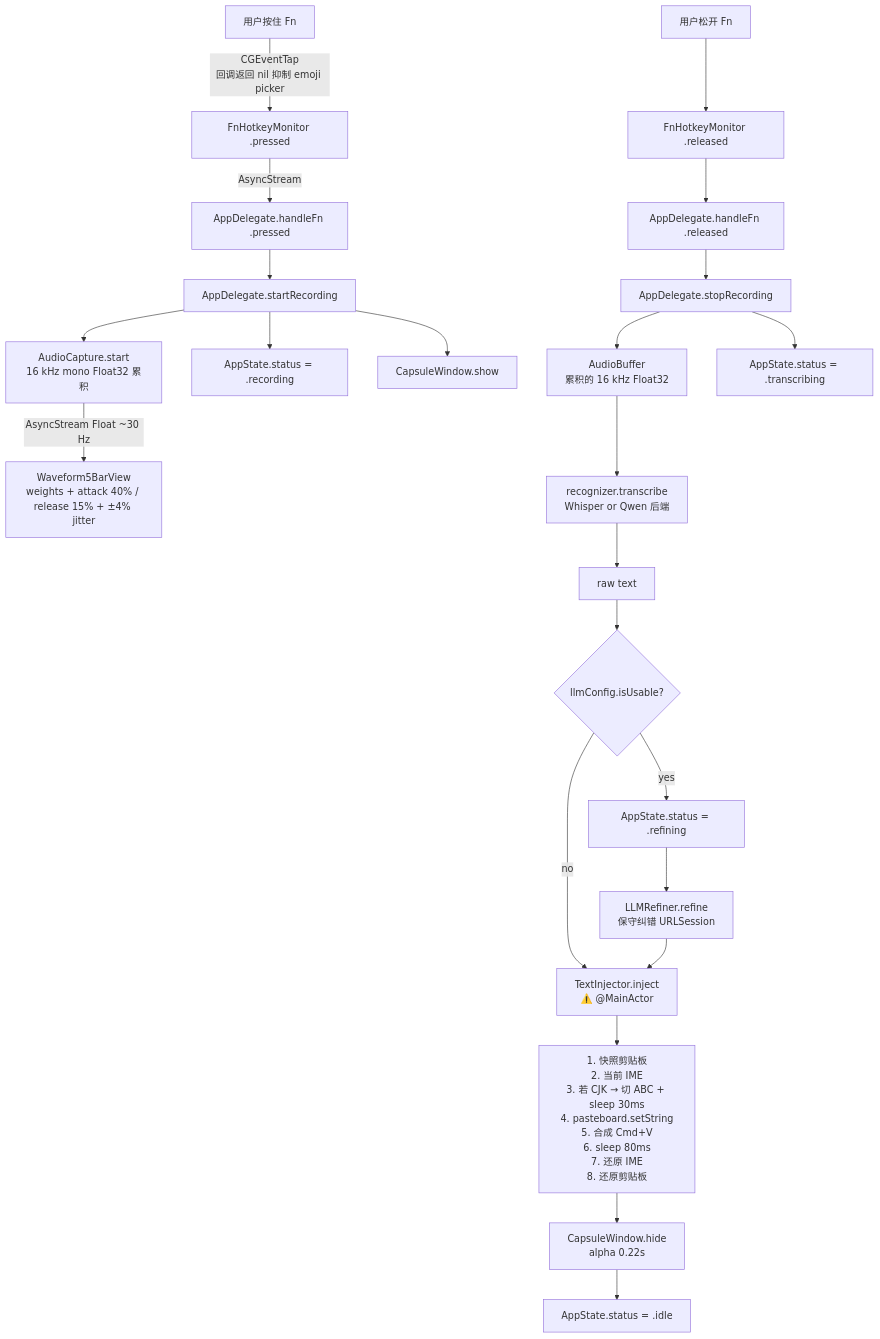
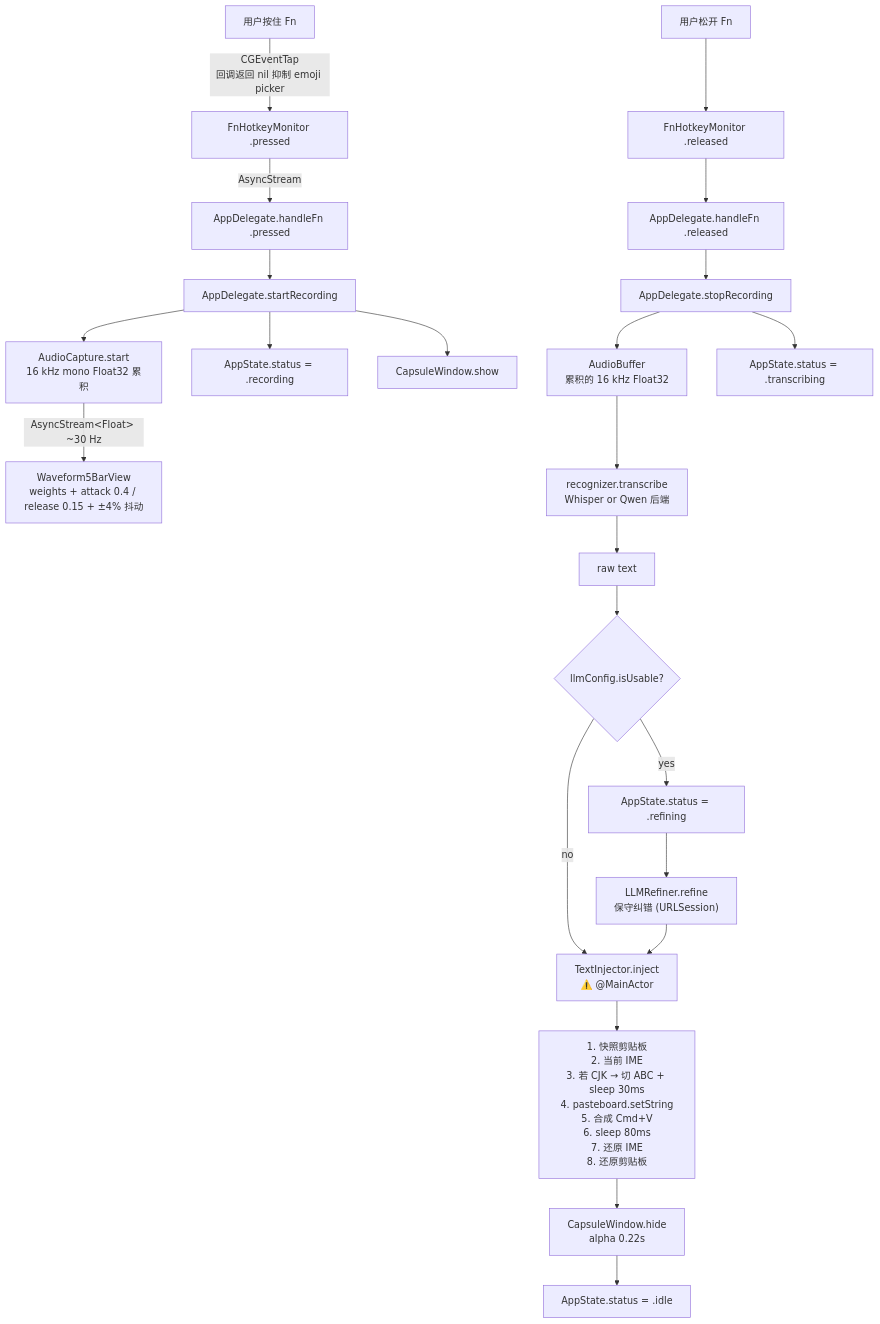
Before and after one commit to 016hiro/voice_typing: the second of 4 diagrams in docs/architecture.md, drawn with Mermaid. The commit also changed other lines of this file, not shown here.

First line of the commit message:
Fix Mermaid syntax — quote labels containing @, <br/>, (, :, etc.

````diff
--- a/docs/architecture.md
+++ b/docs/architecture.md
@@ -155,26 +155,26 @@
 ```mermaid
 flowchart TD
-    Press[用户按住 Fn] -->|CGEventTap<br/>回调返回 nil 抑制 emoji picker| FnDown[FnHotkeyMonitor .pressed]
-    FnDown -->|AsyncStream| AppDown[AppDelegate.handleFn .pressed]
-    AppDown --> Start[AppDelegate.startRecording]
-    Start --> Cap[AudioCapture.start<br/>16 kHz mono Float32 累积]
-    Start --> StateRec[AppState.status = .recording]
-    Start --> ShowCap[CapsuleWindow.show]
-    Cap -->|AsyncStream Float ~30 Hz| Wave[Waveform5BarView<br/>weights + attack 40% / release 15% + ±4% jitter]
+    Press["用户按住 Fn"] -->|"CGEventTap<br/>回调返回 nil 抑制 emoji picker"| FnDown["FnHotkeyMonitor .pressed"]
+    FnDown -->|"AsyncStream"| AppDown["AppDelegate.handleFn .pressed"]
+    AppDown --> Start["AppDelegate.startRecording"]
+    Start --> Cap["AudioCapture.start<br/>16 kHz mono Float32 累积"]
+    Start --> StateRec["AppState.status = .recording"]
+    Start --> ShowCap["CapsuleWindow.show"]
+    Cap -->|"AsyncStream&lt;Float&gt; ~30 Hz"| Wave["Waveform5BarView<br/>weights + attack 0.4 / release 0.15 + ±4% 抖动"]
 
-    Release[用户松开 Fn] --> FnUp[FnHotkeyMonitor .released]
-    FnUp --> AppUp[AppDelegate.handleFn .released]
-    AppUp --> Stop[AppDelegate.stopRecording]
-    Stop --> Buf[AudioBuffer<br/>累积的 16 kHz Float32]
-    Stop --> StateTrans[AppState.status = .transcribing]
-    Buf --> Transcribe[recognizer.transcribe<br/>Whisper or Qwen 后端]
-    Transcribe --> RawText[raw text]
-    RawText --> LLMCheck{llmConfig.isUsable?}
-    LLMCheck -- yes --> StateRef[AppState.status = .refining]
-    StateRef --> Refine[LLMRefiner.refine<br/>保守纠错 URLSession]
-    LLMCheck -- no --> Inject[TextInjector.inject<br/>⚠️ @MainActor]
+    Release["用户松开 Fn"] --> FnUp["FnHotkeyMonitor .released"]
+    FnUp --> AppUp["AppDelegate.handleFn .released"]
+    AppUp --> Stop["AppDelegate.stopRecording"]
+    Stop --> Buf["AudioBuffer<br/>累积的 16 kHz Float32"]
+    Stop --> StateTrans["AppState.status = .transcribing"]
+    Buf --> Transcribe["recognizer.transcribe<br/>Whisper or Qwen 后端"]
+    Transcribe --> RawText["raw text"]
+    RawText --> LLMCheck{"llmConfig.isUsable?"}
+    LLMCheck -- yes --> StateRef["AppState.status = .refining"]
+    StateRef --> Refine["LLMRefiner.refine<br/>保守纠错 (URLSession)"]
+    LLMCheck -- no --> Inject["TextInjector.inject<br/>⚠️ @MainActor"]
     Refine --> Inject
     Inject --> InjectSteps["1. 快照剪贴板<br/>2. 当前 IME<br/>3. 若 CJK → 切 ABC + sleep 30ms<br/>4. pasteboard.setString<br/>5. 合成 Cmd+V<br/>6. sleep 80ms<br/>7. 还原 IME<br/>8. 还原剪贴板"]
-    InjectSteps --> Hide[CapsuleWindow.hide<br/>alpha 0.22s]
-    Hide --> StateIdle[AppState.status = .idle]
+    InjectSteps --> Hide["CapsuleWindow.hide<br/>alpha 0.22s"]
+    Hide --> StateIdle["AppState.status = .idle"]
 ```
````
